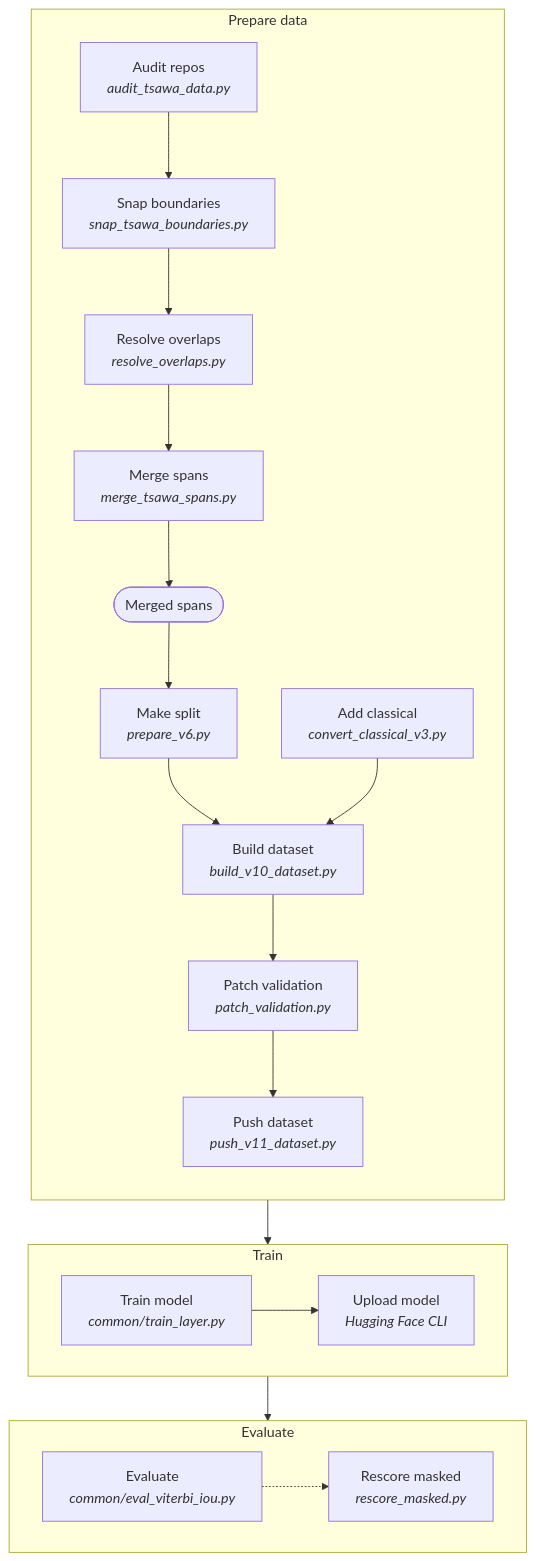
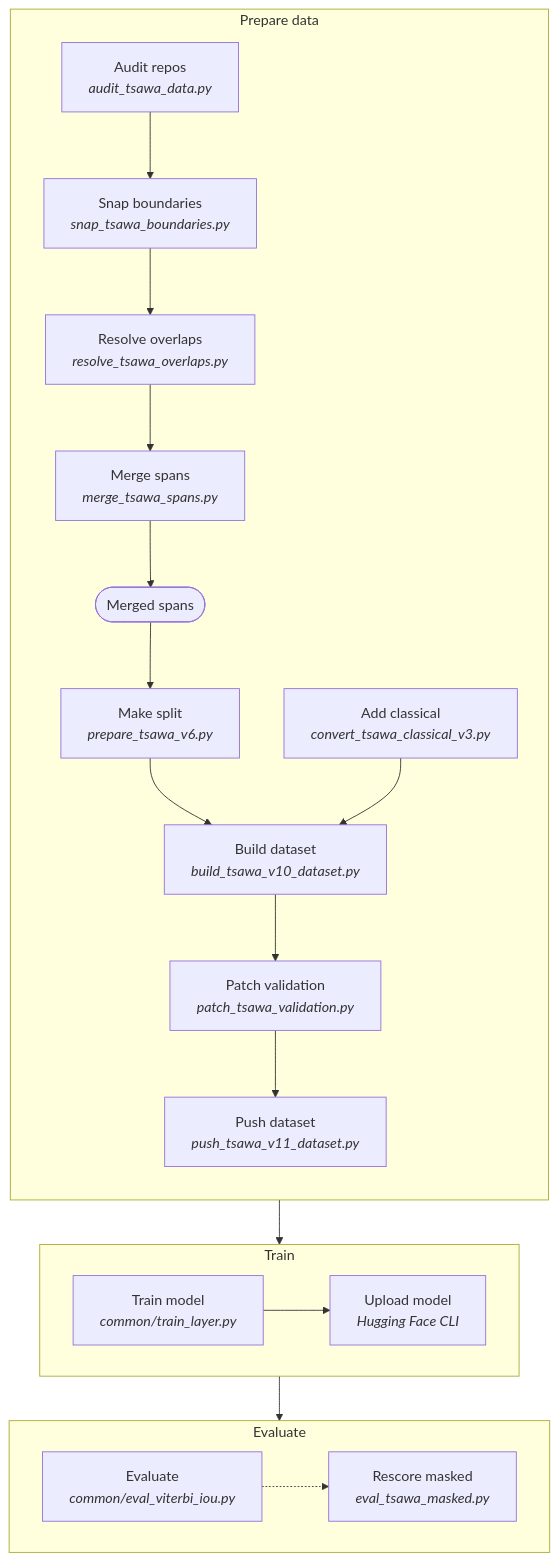
The diagram in tsawa/README.md (tenzinyonten/tibetan-layer-detection), drawn with Mermaid before and after one commit. The commit also changed other lines of this file and 161 other files, not shown here.

````diff
--- a/tsawa/README.md
+++ b/tsawa/README.md
@@ -31,25 +31,25 @@
 ```mermaid
 flowchart TD
   subgraph PREP["Prepare data"]
     direction TB
     S1["Audit repos<br/><i>audit_tsawa_data.py</i>"] --> S2["Snap boundaries<br/><i>snap_tsawa_boundaries.py</i>"]
-    S2 --> S3["Resolve overlaps<br/><i>resolve_overlaps.py</i>"]
+    S2 --> S3["Resolve overlaps<br/><i>resolve_tsawa_overlaps.py</i>"]
     S3 --> S4["Merge spans<br/><i>merge_tsawa_spans.py</i>"]
     S4 --> F1(["Merged spans"])
-    F1 --> S5["Make split<br/><i>prepare_v6.py</i>"]
-    S5 --> S6["Build dataset<br/><i>build_v10_dataset.py</i>"]
-    S7["Add classical<br/><i>convert_classical_v3.py</i>"] --> S6
-    S6 --> S8["Patch validation<br/><i>patch_validation.py</i>"]
-    S8 --> S9["Push dataset<br/><i>push_v11_dataset.py</i>"]
+    F1 --> S5["Make split<br/><i>prepare_tsawa_v6.py</i>"]
+    S5 --> S6["Build dataset<br/><i>build_tsawa_v10_dataset.py</i>"]
+    S7["Add classical<br/><i>convert_tsawa_classical_v3.py</i>"] --> S6
+    S6 --> S8["Patch validation<br/><i>patch_tsawa_validation.py</i>"]
+    S8 --> S9["Push dataset<br/><i>push_tsawa_v11_dataset.py</i>"]
   end
   subgraph TRAIN["Train"]
     direction LR
     T1["Train model<br/><i>common/train_layer.py</i>"] --> T2["Upload model<br/><i>Hugging Face CLI</i>"]
   end
   subgraph EVAL["Evaluate"]
     direction LR
-    E1["Evaluate<br/><i>common/eval_viterbi_iou.py</i>"] -.-> E2["Rescore masked<br/><i>rescore_masked.py</i>"]
+    E1["Evaluate<br/><i>common/eval_viterbi_iou.py</i>"] -.-> E2["Rescore masked<br/><i>eval_tsawa_masked.py</i>"]
   end
   PREP --> TRAIN
   TRAIN --> EVAL
 ```
````
